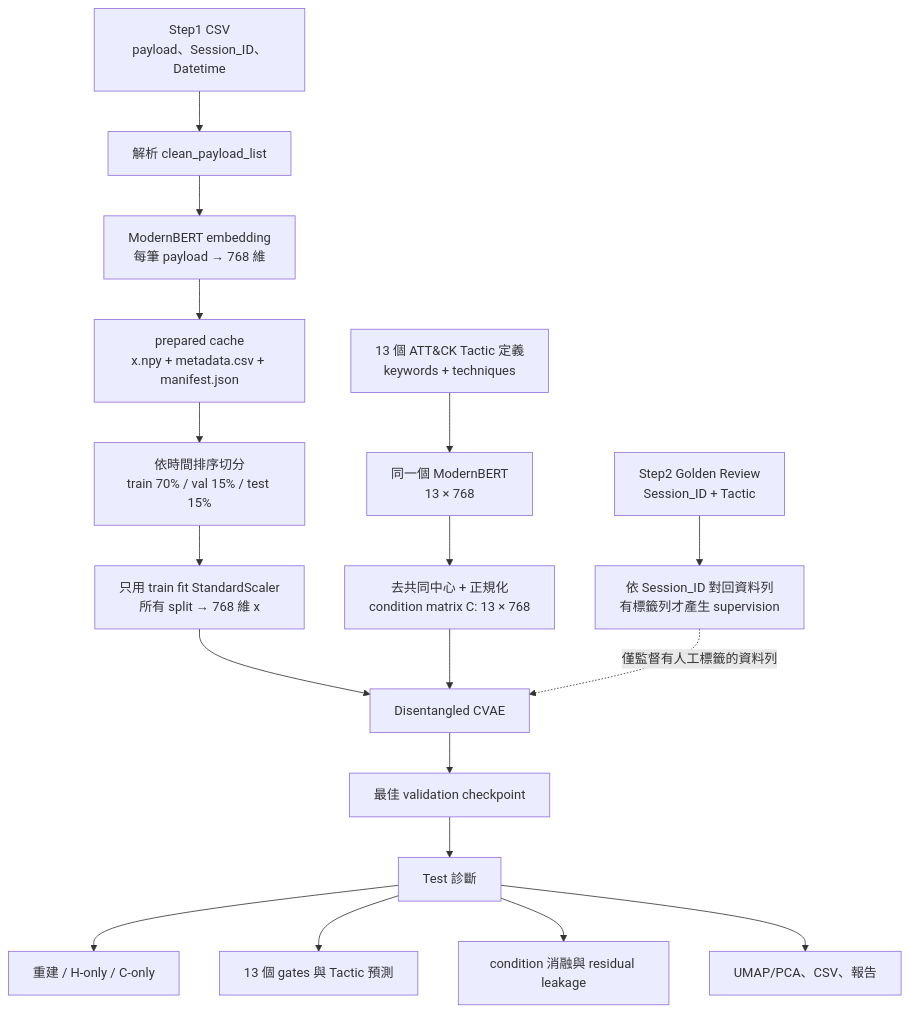
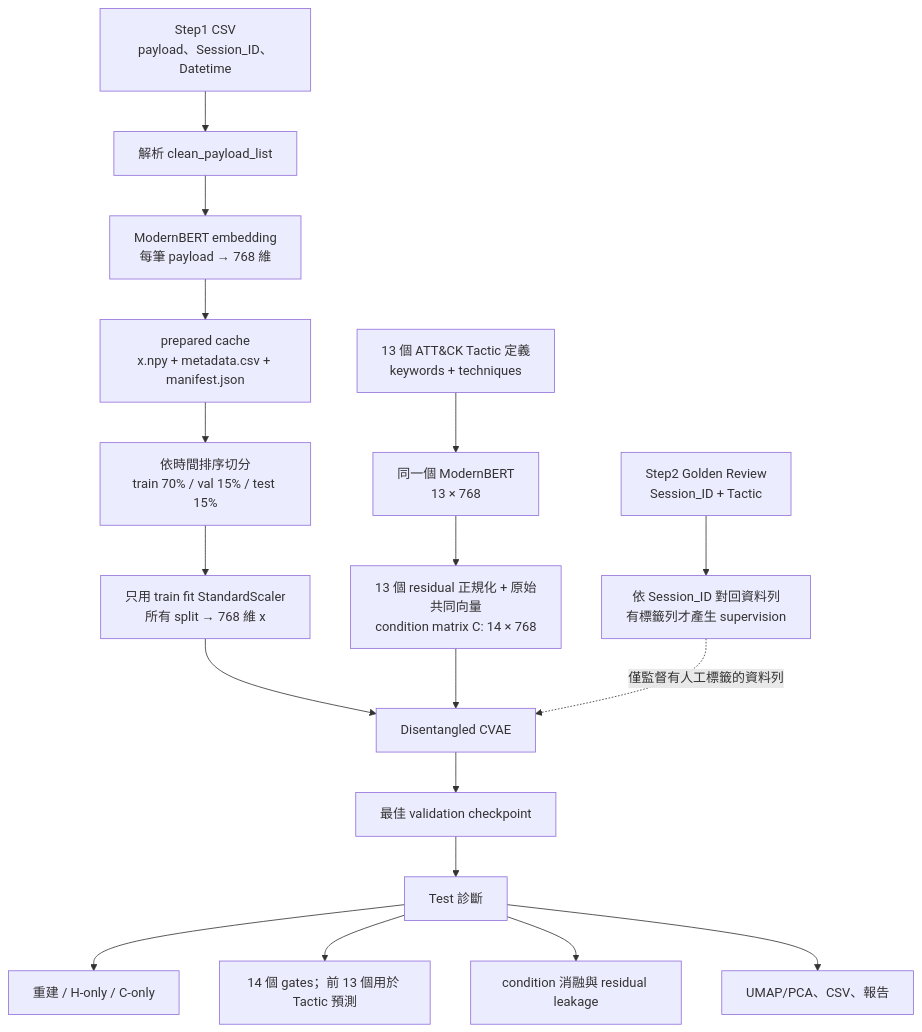
Before and after one commit to Heng1222/net_packages: the first of 2 diagrams in experiments/disentangled_cvae_step1/README.md, drawn with Mermaid. The commit also changed other lines of this file and 14 other files, not shown here.

````diff
--- a/experiments/disentangled_cvae_step1/README.md
+++ b/experiments/disentangled_cvae_step1/README.md
@@ -31,23 +31,23 @@
 ```mermaid
 flowchart TD
     A[Step1 CSV<br/>payload、Session_ID、Datetime] --> B[解析 clean_payload_list]
     B --> C[ModernBERT embedding<br/>每筆 payload → 768 維]
     C --> D[prepared cache<br/>x.npy + metadata.csv + manifest.json]
     D --> E[依時間排序切分<br/>train 70% / val 15% / test 15%]
     E --> F[只用 train fit StandardScaler<br/>所有 split → 768 維 x]
 
     G[13 個 ATT&CK Tactic 定義<br/>keywords + techniques] --> H[同一個 ModernBERT<br/>13 × 768]
-    H --> I[去共同中心 + 正規化<br/>condition matrix C: 13 × 768]
+    H --> I[13 個 residual 正規化 + 原始共同向量<br/>condition matrix C: 14 × 768]
 
     J[Step2 Golden Review<br/>Session_ID + Tactic] --> K[依 Session_ID 對回資料列<br/>有標籤列才產生 supervision]
 
     F --> L[Disentangled CVAE]
     I --> L
     K -. 僅監督有人工標籤的資料列 .-> L
     L --> M[最佳 validation checkpoint]
     M --> N[Test 診斷]
     N --> O[重建 / H-only / C-only]
-    N --> P[13 個 gates 與 Tactic 預測]
+    N --> P[14 個 gates；前 13 個用於 Tactic 預測]
     N --> Q[condition 消融與 residual leakage]
     N --> R[UMAP/PCA、CSV、報告]
 ```
````
